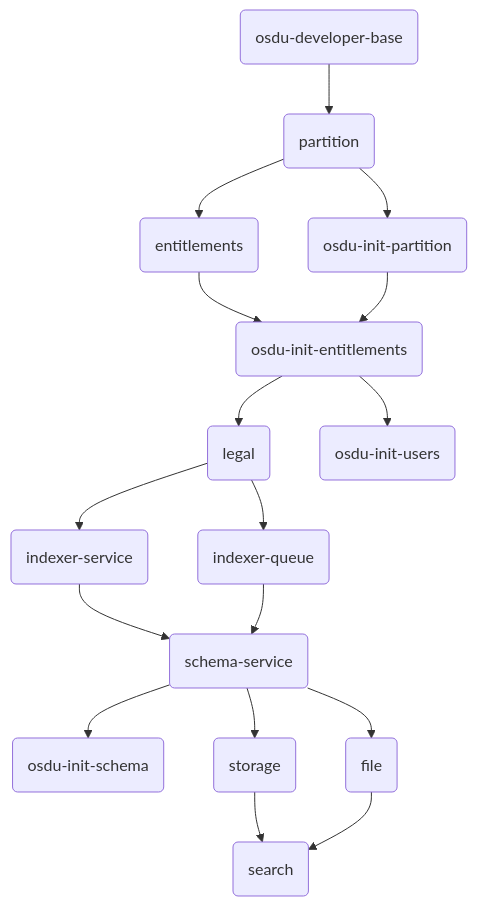
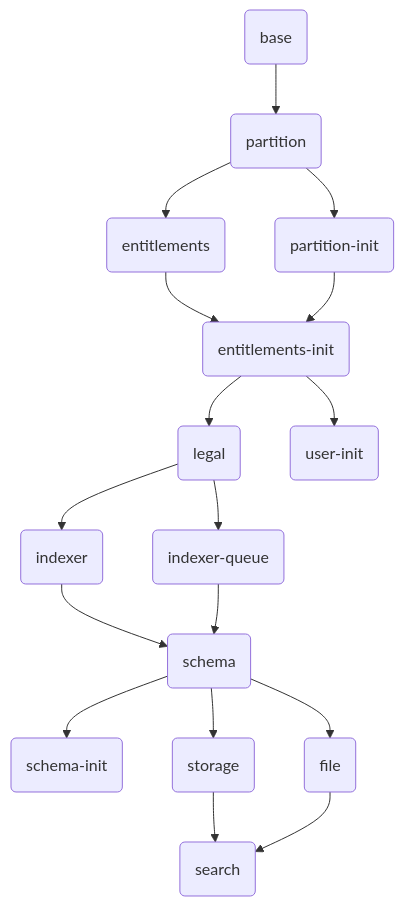
The diagram in software/applications/osdu-core/README.md (Azure/osdu-developer), drawn with Mermaid before and after one commit. The commit also changed 2 other files, not shown here.

Commit message:
Sequence

````diff
--- a/software/applications/osdu-core/README.md
+++ b/software/applications/osdu-core/README.md
@@ -3,34 +3,34 @@
 ```mermaid
 flowchart TD
-  osdu_developer_base("osdu-developer-base")
+  base("base")
   partition("partition")
-  osdu_init_partition("osdu-init-partition")
+  partition_init("partition-init")
   entitlements("entitlements")
-  osdu_init_entitlements("osdu-init-entitlements")
+  entitlements_init("entitlements-init")
   legal("legal")
-  indexer_service("indexer-service")
+  indexer("indexer")
   indexer_queue("indexer-queue")
-  osdu_init_users("osdu-init-users")
-  schema_service("schema-service")
-  osdu_init_schema("osdu-init-schema")
+  user_init("user-init")
+  schema("schema")
+  schema_init("schema-init")
   storage("storage")
   file("file")
   search("search")
 
-  osdu_developer_base-->partition
+  base-->partition
   partition-->entitlements
-  partition-->osdu_init_partition
-  entitlements-->osdu_init_entitlements
-  osdu_init_partition-->osdu_init_entitlements
-  osdu_init_entitlements-->legal
-  legal-->indexer_service
+  partition-->partition_init
+  entitlements-->entitlements_init
+  partition_init-->entitlements_init
+  entitlements_init-->legal
+  legal-->indexer
   legal-->indexer_queue
-  osdu_init_entitlements-->osdu_init_users
-  indexer_service-->schema_service
-  indexer_queue-->schema_service
-  schema_service-->osdu_init_schema
-  schema_service-->storage
-  schema_service-->file
+  entitlements_init-->user_init
+  indexer-->schema
+  indexer_queue-->schema
+  schema-->schema_init
+  schema-->storage
+  schema-->file
   storage-->search
   file-->search
 ```
````
